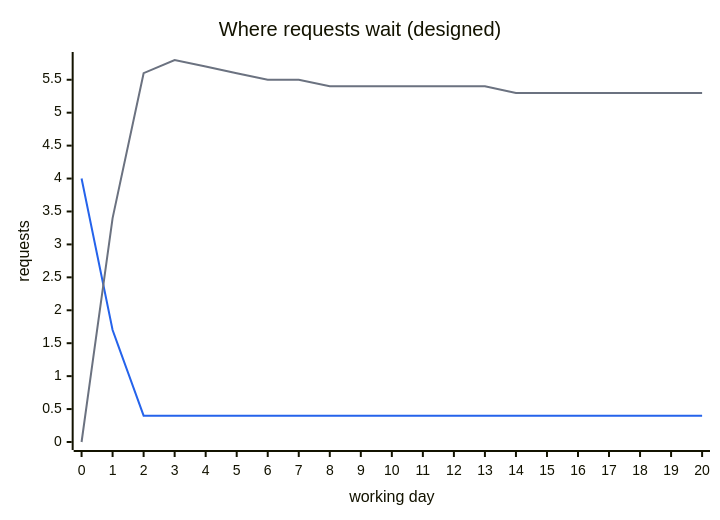
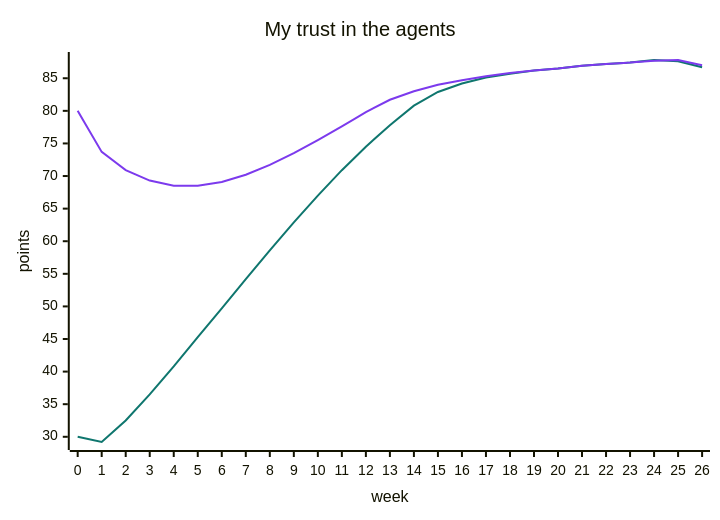
The eighth of 38 diagrams in docs/user-story-diagrams.md (danroblewis/orchestra), drawn with Mermaid before and after one commit. The commit also changed other lines of this file and 30 other files, not shown here.

````diff
--- a/docs/user-story-diagrams.md
+++ b/docs/user-story-diagrams.md
@@ -64,14 +204,14 @@
 ```mermaid
 ---
 config:
   themeVariables:
     xyChart:
-      plotColorPalette: "#2563eb, #6b7280"
+      plotColorPalette: "#0f766e, #7c3aed"
 ---
 xychart-beta
-  title "Where requests wait (designed)"
-  x-axis "working day" [0, 1, 2, 3, 4, 5, 6, 7, 8, 9, 10, 11, 12, 13, 14, 15, 16, 17, 18, 19, 20]
-  y-axis "requests"
-  line [4.0, 1.7, 0.4, 0.4, 0.4, 0.4, 0.4, 0.4, 0.4, 0.4, 0.4, 0.4, 0.4, 0.4, 0.4, 0.4, 0.4, 0.4, 0.4, 0.4, 0.4]
-  line [0.0, 3.4, 5.6, 5.8, 5.7, 5.6, 5.5, 5.5, 5.4, 5.4, 5.4, 5.4, 5.4, 5.4, 5.3, 5.3, 5.3, 5.3, 5.3, 5.3, 5.3]
+  title "My trust in the agents"
+  x-axis "week" [0, 1, 2, 3, 4, 5, 6, 7, 8, 9, 10, 11, 12, 13, 14, 15, 16, 17, 18, 19, 20, 21, 22, 23, 24, 25, 26]
+  y-axis "points"
+  line [30.0, 29.2, 32.5, 36.5, 40.8, 45.3, 49.7, 54.2, 58.6, 62.9, 67.0, 70.9, 74.5, 77.8, 80.8, 82.9, 84.2, 85.1, 85.7, 86.2, 86.5, 86.9, 87.2, 87.4, 87.8, 87.6, 86.7]
+  line [80.0, 73.7, 70.9, 69.3, 68.5, 68.5, 69.1, 70.2, 71.7, 73.5, 75.5, 77.6, 79.8, 81.7, 83.0, 84.0, 84.7, 85.3, 85.8, 86.2, 86.5, 86.9, 87.2, 87.4, 87.7, 87.8, 87.0]
 ```
````
